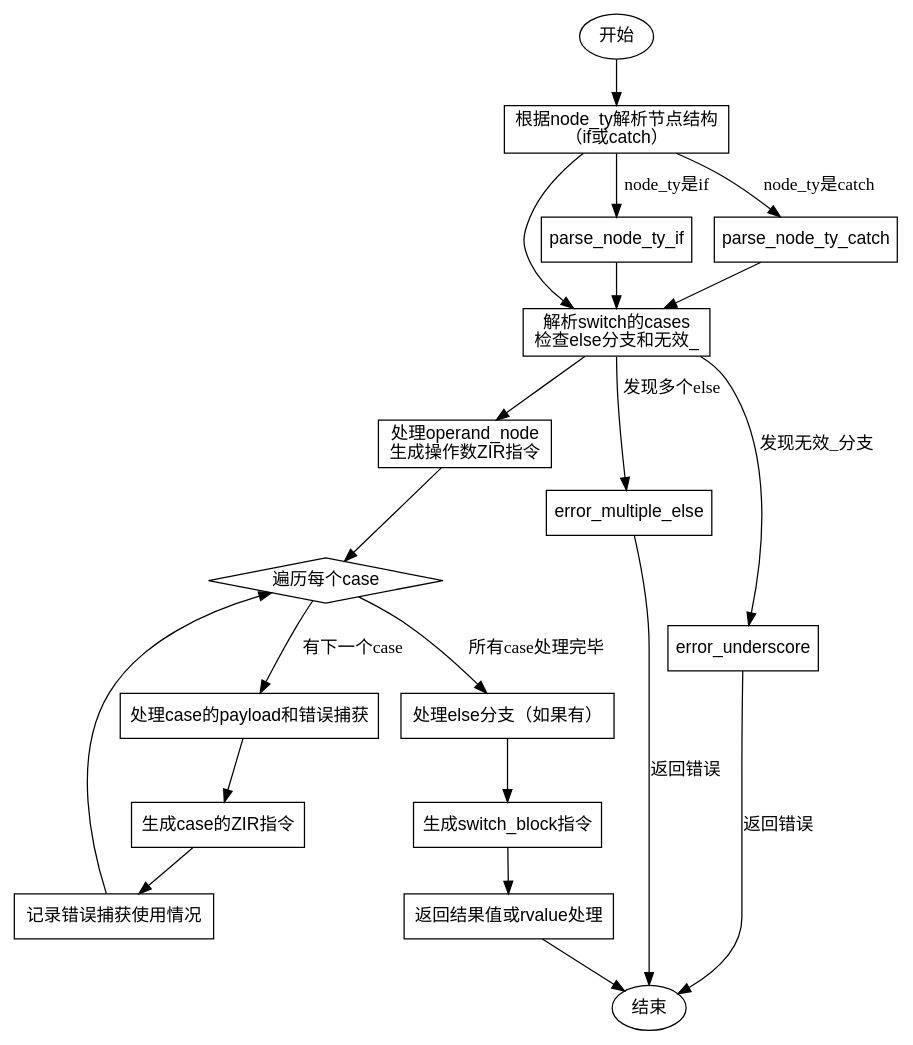
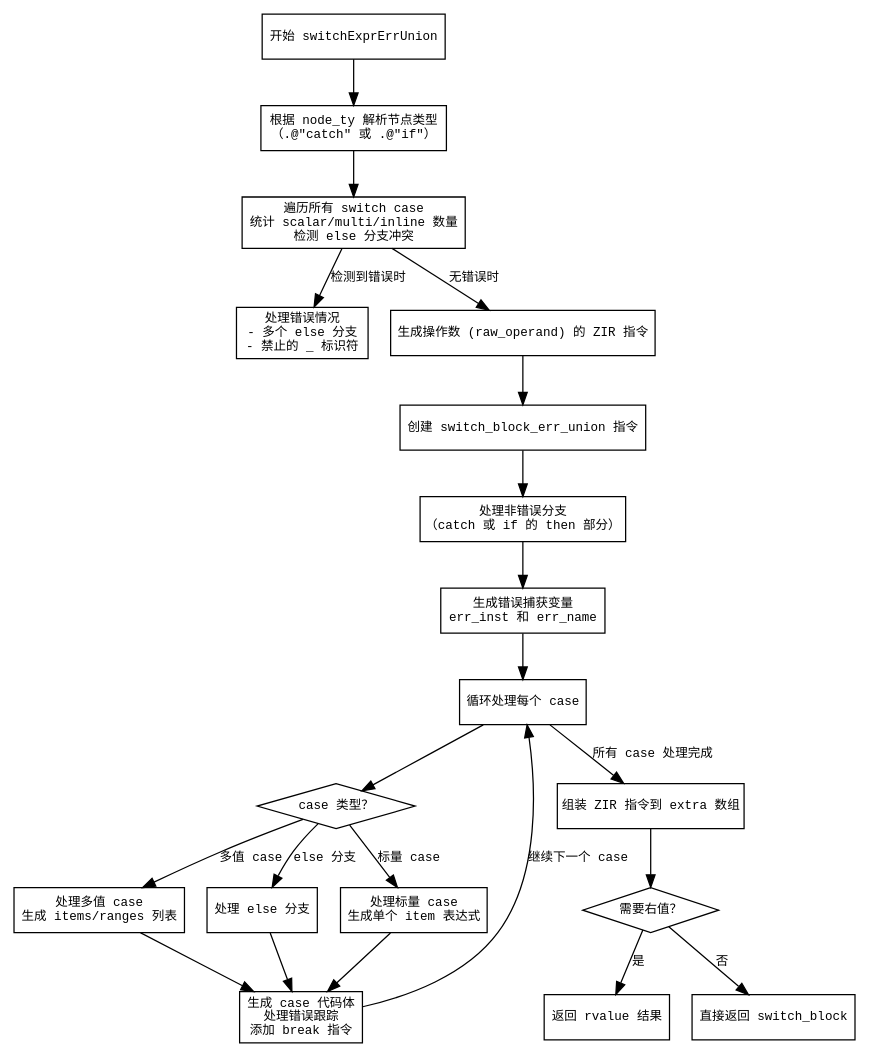
One commit to sdzx-1/deepseek-zig-reader changed the diagram in dot_std/zig/AstGen.zig.switchExprErrUnion.md. Above: the diagram before and after it, drawn with Graphviz. The commit also changed other lines of this file and 236 other files, not shown here.

````diff
--- a/dot_std/zig/AstGen.zig.switchExprErrUnion.md
+++ b/dot_std/zig/AstGen.zig.switchExprErrUnion.md
@@ -51,46 +35,48 @@
 ```dot
 digraph flowchart {
-    node [fontname="Arial", shape=box];
+    node [shape=rectangle, fontname="Courier", fontsize=10]
+    edge [fontname="Courier", fontsize=10]
 
-    start [label="开始", shape=ellipse];
-    parse_node_ty [label="根据node_ty解析节点结构\n（if或catch）"];
-    check_switch_cases [label="解析switch的cases\n检查else分支和无效_"];
-    handle_operand [label="处理operand_node\n生成操作数ZIR指令"];
-    loop_cases [label="遍历每个case", shape=diamond];
-    handle_case_payload [label="处理case的payload和错误捕获"];
-    generate_case_code [label="生成case的ZIR指令"];
-    check_uses_err [label="记录错误捕获使用情况"];
-    process_else [label="处理else分支（如果有）"];
-    finalize_switch_block [label="生成switch_block指令"];
-    return_result [label="返回结果值或rvalue处理"];
-    end [label="结束", shape=ellipse];
+    start [label="开始 switchExprErrUnion"]
+    parse_node_ty [label="根据 node_ty 解析节点类型\n（.@\"catch\" 或 .@\"if\"）"]
+    check_switch_cases [label="遍历所有 switch case\n统计 scalar/multi/inline 数量\n检测 else 分支冲突"]
+    handle_errors [label="处理错误情况\n- 多个 else 分支\n- 禁止的 _ 标识符"]
+    gen_operand [label="生成操作数 (raw_operand) 的 ZIR 指令"]
+    create_switch_block [label="创建 switch_block_err_union 指令"]
+    process_non_error [label="处理非错误分支\n（catch 或 if 的 then 部分）"]
+    handle_err_capture [label="生成错误捕获变量\nerr_inst 和 err_name"]
+    loop_cases [label="循环处理每个 case"]
+    check_case_type [shape=diamond, label="case 类型？"]
+    process_scalar [label="处理标量 case\n生成单个 item 表达式"]
+    process_multi [label="处理多值 case\n生成 items/ranges 列表"]
+    process_else [label="处理 else 分支"]
+    generate_case_body [label="生成 case 代码体\n处理错误跟踪\n添加 break 指令"]
+    finalize_switch [label="组装 ZIR 指令到 extra 数组"]
+    return_result [shape=diamond, label="需要右值？"]
+    rvalue_return [label="返回 rvalue 结果"]
+    direct_return [label="直接返回 switch_block"]
 
-    start -> parse_node_ty;
-    parse_node_ty -> check_switch_cases;
-    check_switch_cases -> handle_operand;
-    handle_operand -> loop_cases;
+    start -> parse_node_ty
+    parse_node_ty -> check_switch_cases
+    check_switch_cases -> handle_errors [label="检测到错误时"]
+    check_switch_cases -> gen_operand [label="无错误时"]
+    gen_operand -> create_switch_block
+    create_switch_block -> process_non_error
+    process_non_error -> handle_err_capture
+    handle_err_capture -> loop_cases
 
-    loop_cases -> handle_case_payload [label="有下一个case"];
-    handle_case_payload -> generate_case_code;
-    generate_case_code -> check_uses_err;
-    check_uses_err -> loop_cases;
+    loop_cases -> check_case_type
+    check_case_type -> process_scalar [label="标量 case"]
+    check_case_type -> process_multi [label="多值 case"]
+    check_case_type -> process_else [label="else 分支"]
+    process_scalar -> generate_case_body
+    process_multi -> generate_case_body
+    process_else -> generate_case_body
+    generate_case_body -> loop_cases [label="继续下一个 case"]
 
-    loop_cases -> process_else [label="所有case处理完毕"];
-    process_else -> finalize_switch_block;
-    finalize_switch_block -> return_result;
-    return_result -> end;
-
-    // 条件分支示例
-    parse_node_ty -> parse_node_ty_if [label="node_ty是if"];
-    parse_node_ty -> parse_node_ty_catch [label="node_ty是catch"];
-    parse_node_ty_if -> check_switch_cases;
-    parse_node_ty_catch -> check_switch_cases;
-
-    // 错误检查分支
-    check_switch_cases -> error_multiple_else [label="发现多个else"];
-    error_multiple_else -> end [label="返回错误"];
-
-    check_switch_cases -> error_underscore [label="发现无效_分支"];
-    error_underscore -> end [label="返回错误"];
+    loop_cases -> finalize_switch [label="所有 case 处理完成"]
+    finalize_switch -> return_result
+    return_result -> rvalue_return [label="是"]
+    return_result -> direct_return [label="否"]
 }
-``` 
+```
````
